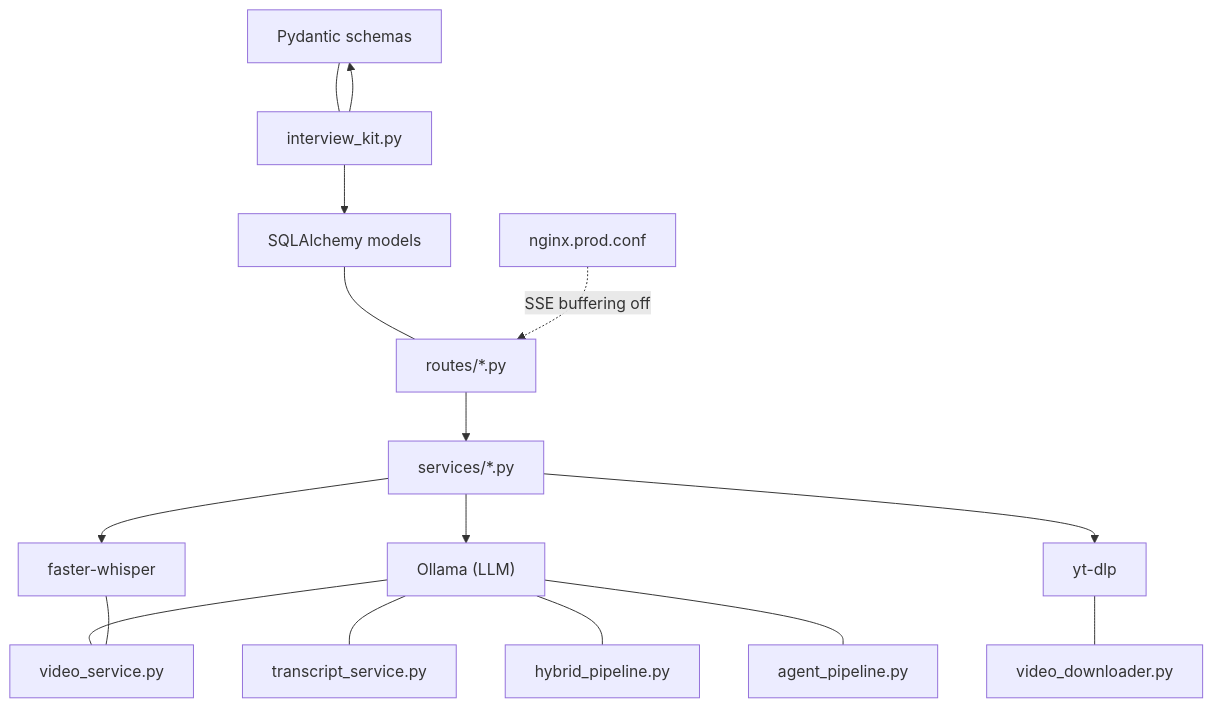
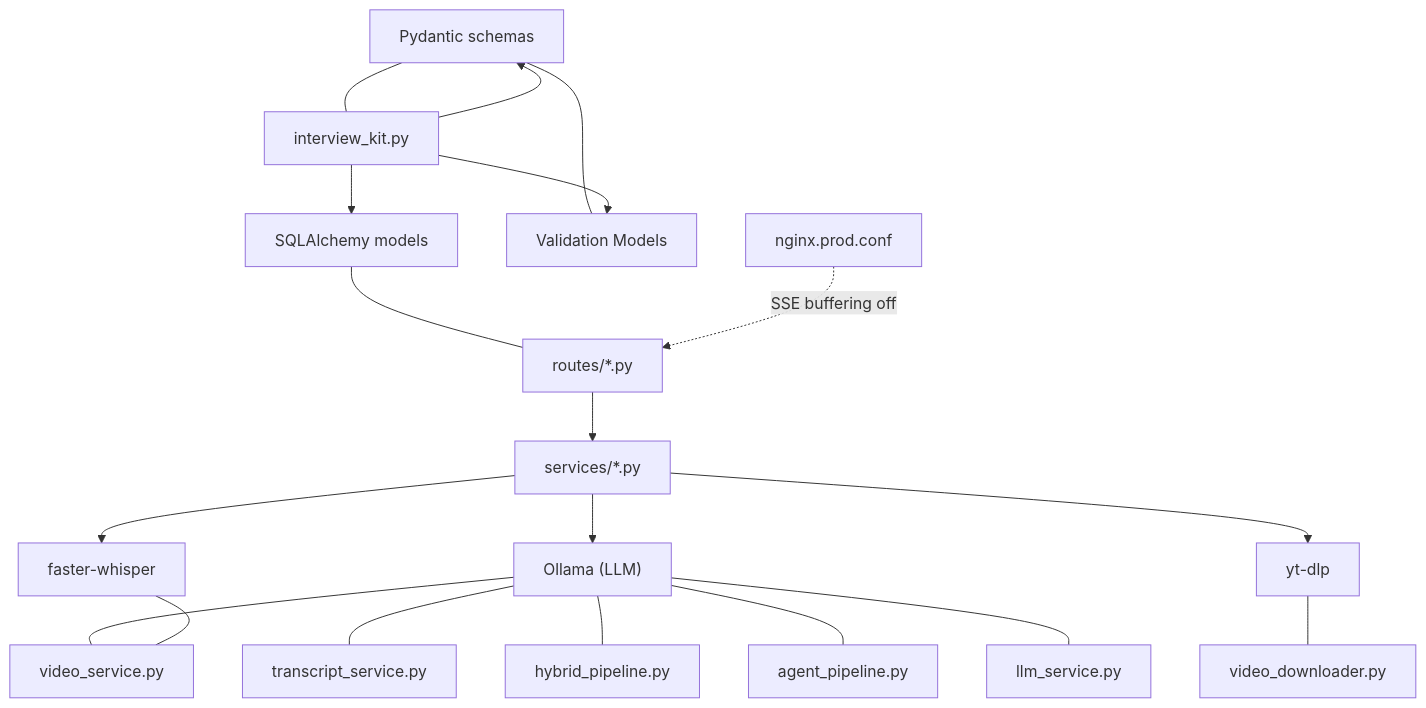
Before and after one commit to Revanththetalogics/aireume: diagram 13 of 13 in .qoder/repowiki/en/content/Video Analysis/Interview Analysis Workflow.md, drawn with Mermaid. The commit also changed other lines of this file and 7 other files, not shown here.

````diff
--- a/.qoder/repowiki/en/content/Video Analysis/Interview Analysis Workflow.md
+++ b/.qoder/repowiki/en/content/Video Analysis/Interview Analysis Workflow.md
@@ -577,18 +688,21 @@
 ```mermaid
 graph TB
 OLL["Ollama (LLM)"] --- VS["video_service.py"]
 OLL --- TS["transcript_service.py"]
 OLL --- HP["hybrid_pipeline.py"]
 OLL --- AP["agent_pipeline.py"]
+OLL --- LLM["llm_service.py"]
 WHISPER["faster-whisper"] --- VS
 YT["yt-dlp"] --- DOWN["video_downloader.py"]
 DB["SQLAlchemy models"] --- ROUTE["routes/*.py"]
 SCHEMA["Pydantic schemas"] --- IK["interview_kit.py"]
+SCHEMA --- VALID["Validation Models"]
 ROUTE --> SVC["services/*.py"]
 SVC --> OLL
 SVC --> WHISPER
 SVC --> YT
 IK --> DB
 IK --> SCHEMA
+IK --> VALID
 NGINX["nginx.prod.conf"] -. "SSE buffering off" .-> ROUTE
 ```
````
